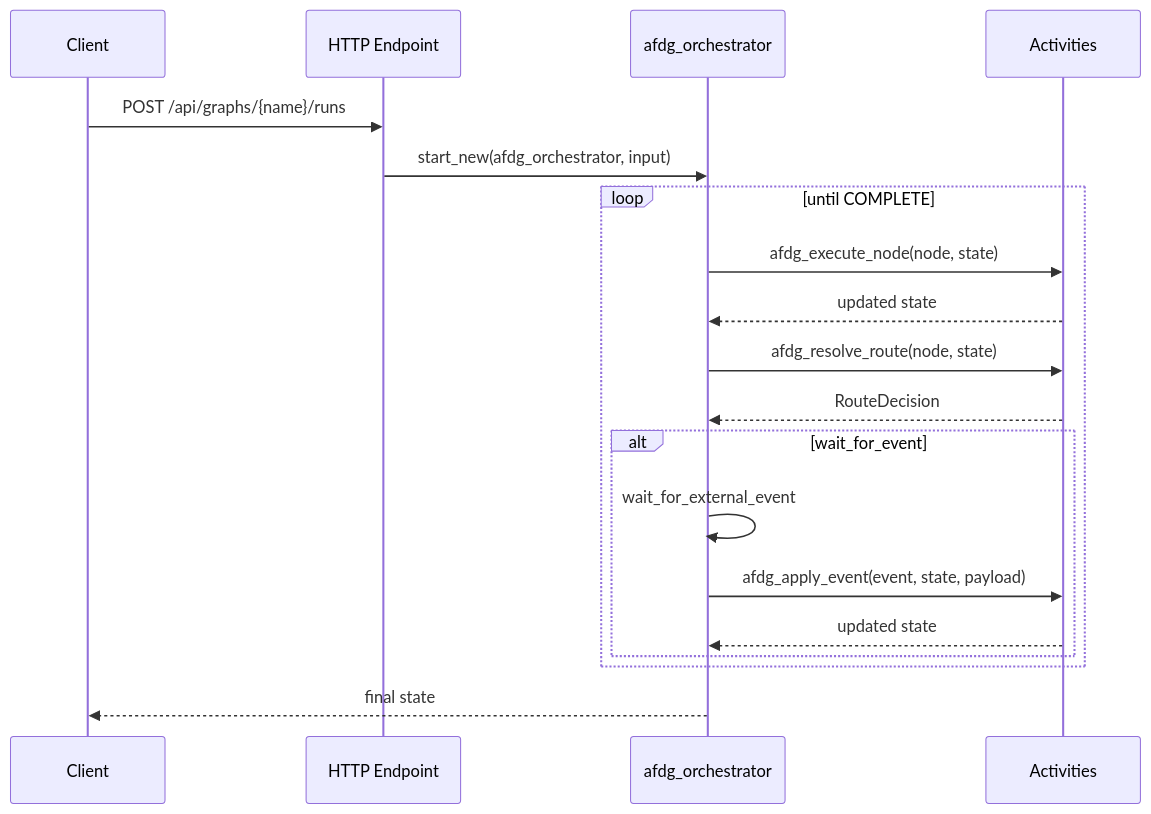
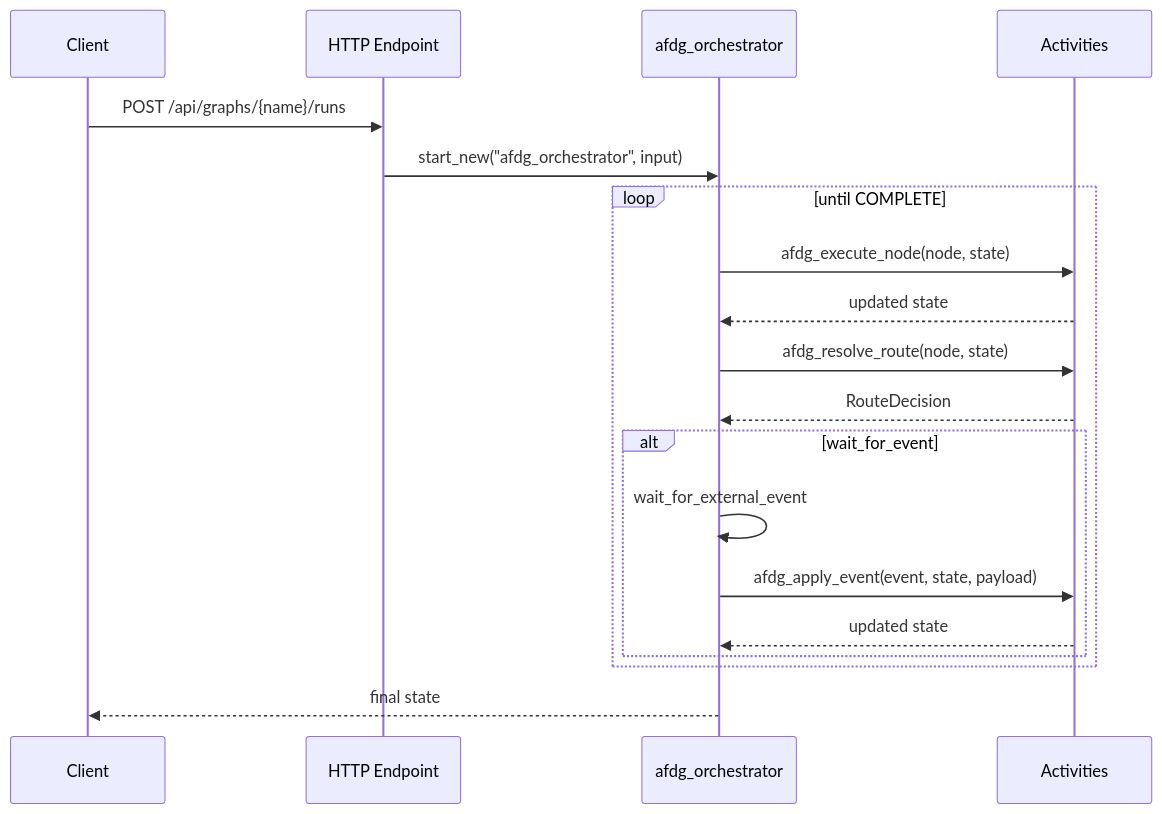
One commit to yeongseon/azure-functions-durable-graph-python changed the diagram in README.ja.md. Above: the diagram before and after it, drawn with Mermaid. The commit also changed 5 other files, not shown here.

Commit message:
docs: correct diagrams to match runtime (start_new by name, raise_event via HTTP endpoint, model_validate merge)

````diff
--- a/README.ja.md
+++ b/README.ja.md
@@ -120,22 +120,22 @@
 ```mermaid
 sequenceDiagram
     participant Client
     participant HTTP as HTTP Endpoint
     participant Orch as afdg_orchestrator
     participant Act as Activities
 
     Client->>HTTP: POST /api/graphs/{name}/runs
-    HTTP->>Orch: start_new(afdg_orchestrator, input)
+    HTTP->>Orch: start_new("afdg_orchestrator", input)
     loop until COMPLETE
         Orch->>Act: afdg_execute_node(node, state)
         Act-->>Orch: updated state
         Orch->>Act: afdg_resolve_route(node, state)
         Act-->>Orch: RouteDecision
         alt wait_for_event
             Orch->>Orch: wait_for_external_event
             Orch->>Act: afdg_apply_event(event, state, payload)
             Act-->>Orch: updated state
         end
     end
     Orch-->>Client: final state
 ```
````
